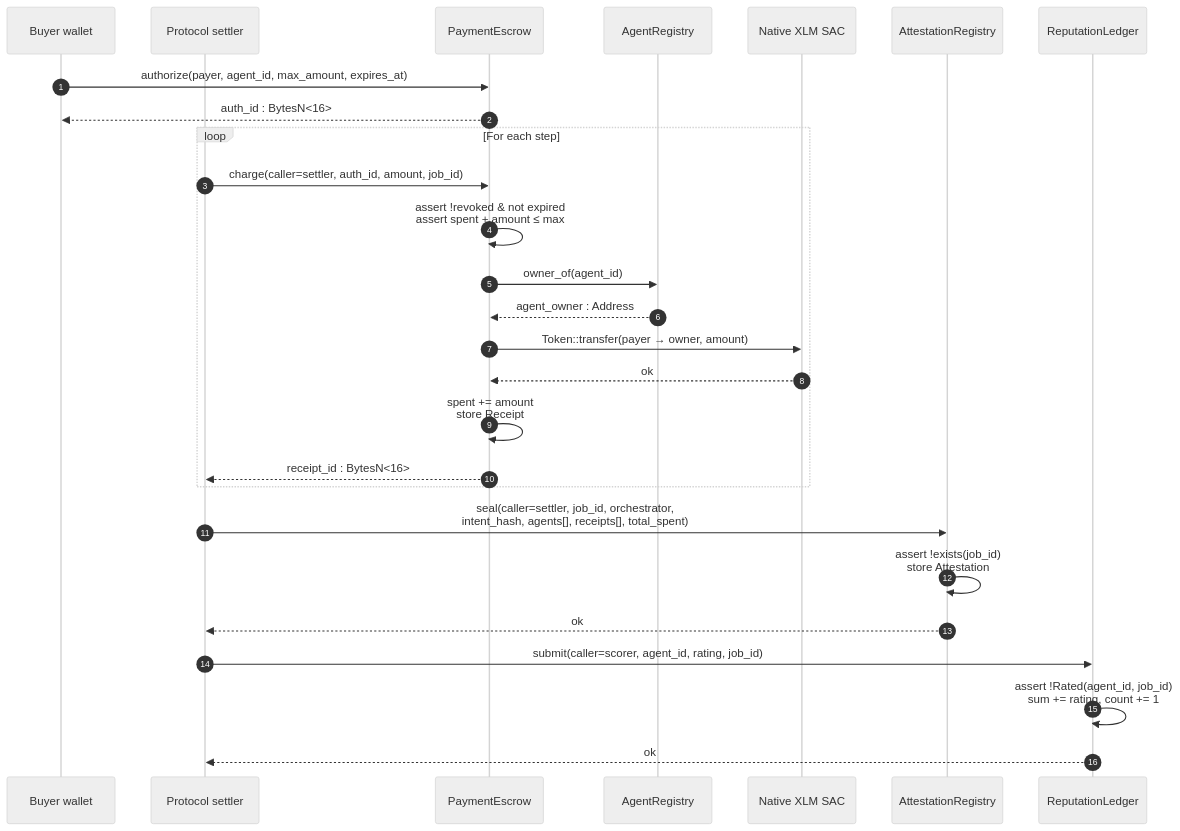
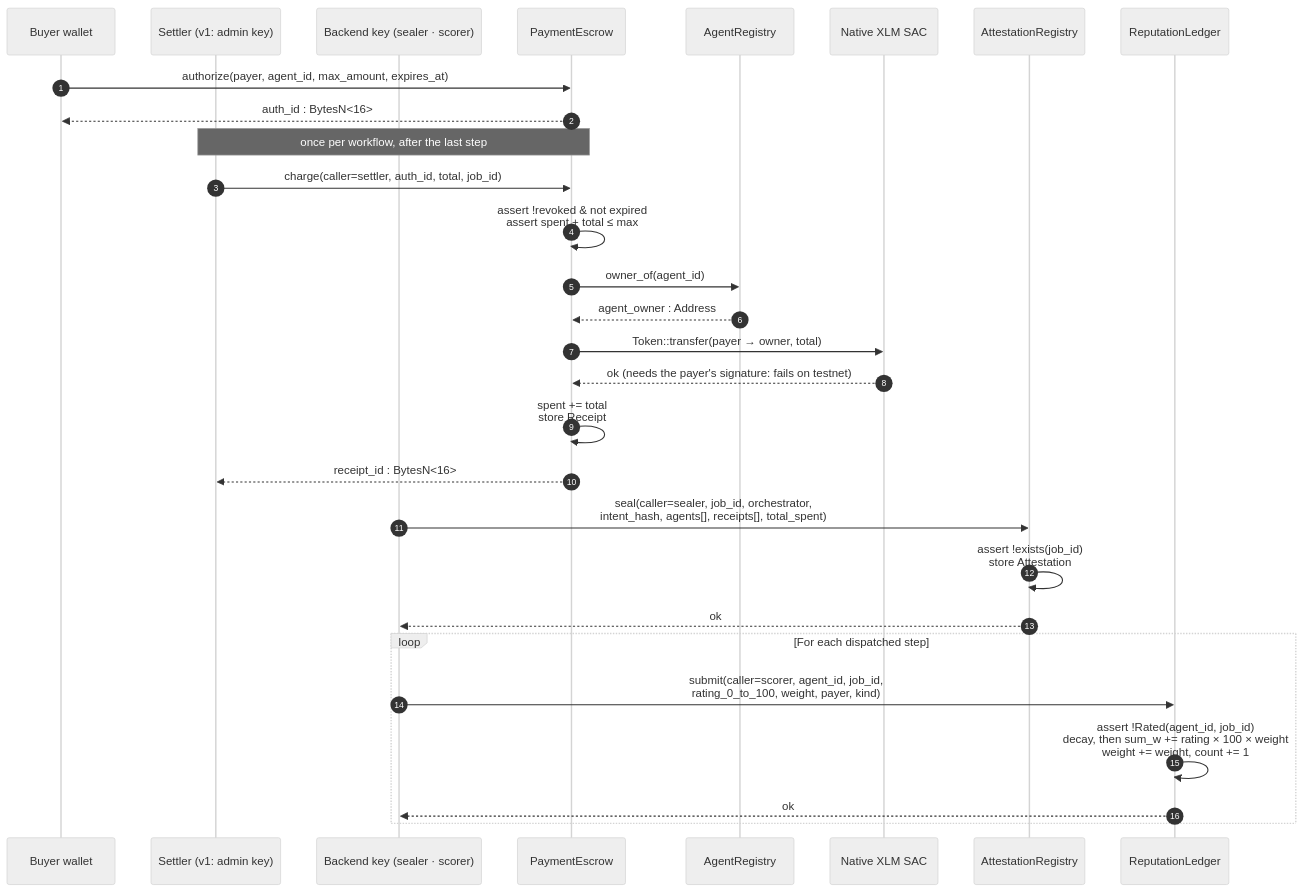
Before and after one commit to Bl0cksmiths/Orizon-Agents-FE-Stellar: the fourth of 4 diagrams in litepaper/sections/05-technical-details.md, drawn with Mermaid (neutral theme). The commit also changed other lines of this file, not shown here.

Commit message:
redrew figure 5 as one charge per workflow and the real rating update

````diff
--- a/litepaper/sections/05-technical-details.md
+++ b/litepaper/sections/05-technical-details.md
@@ -320,33 +320,35 @@
 ```mermaid
 sequenceDiagram
     autonumber
     participant Buyer as Buyer wallet
-    participant Setl as Protocol settler
+    participant Setl as Settler (v1: admin key)
+    participant Key as Backend key (sealer · scorer)
     participant PE as PaymentEscrow
     participant AR as AgentRegistry
     participant SAC as Native XLM SAC
     participant AT as AttestationRegistry
     participant RL as ReputationLedger
 
     Buyer->>PE: authorize(payer, agent_id, max_amount, expires_at)
     PE-->>Buyer: auth_id : BytesN<16>
 
-    loop For each step
-        Setl->>PE: charge(caller=settler, auth_id, amount, job_id)
-        PE->>PE: assert !revoked & not expired<br/>assert spent + amount ≤ max
-        PE->>AR: owner_of(agent_id)
-        AR-->>PE: agent_owner : Address
-        PE->>SAC: Token::transfer(payer → owner, amount)
-        SAC-->>PE: ok
-        PE->>PE: spent += amount<br/>store Receipt
-        PE-->>Setl: receipt_id : BytesN<16>
+    Note over Setl,PE: once per workflow, after the last step
+    Setl->>PE: charge(caller=settler, auth_id, total, job_id)
+    PE->>PE: assert !revoked & not expired<br/>assert spent + total ≤ max
+    PE->>AR: owner_of(agent_id)
+    AR-->>PE: agent_owner : Address
+    PE->>SAC: Token::transfer(payer → owner, total)
+    SAC-->>PE: ok (needs the payer's signature: fails on testnet)
+    PE->>PE: spent += total<br/>store Receipt
+    PE-->>Setl: receipt_id : BytesN<16>
+
+    Key->>AT: seal(caller=sealer, job_id, orchestrator,<br/>intent_hash, agents[], receipts[], total_spent)
+    AT->>AT: assert !exists(job_id)<br/>store Attestation
+    AT-->>Key: ok
+
+    loop For each dispatched step
+        Key->>RL: submit(caller=scorer, agent_id, job_id,<br/>rating_0_to_100, weight, payer, kind)
+        RL->>RL: assert !Rated(agent_id, job_id)<br/>decay, then sum_w += rating × 100 × weight<br/>weight += weight, count += 1
+        RL-->>Key: ok
     end
-
-    Setl->>AT: seal(caller=settler, job_id, orchestrator,<br/>intent_hash, agents[], receipts[], total_spent)
-    AT->>AT: assert !exists(job_id)<br/>store Attestation
-    AT-->>Setl: ok
-
-    Setl->>RL: submit(caller=scorer, agent_id, rating, job_id)
-    RL->>RL: assert !Rated(agent_id, job_id)<br/>sum += rating, count += 1
-    RL-->>Setl: ok
 ```
````
